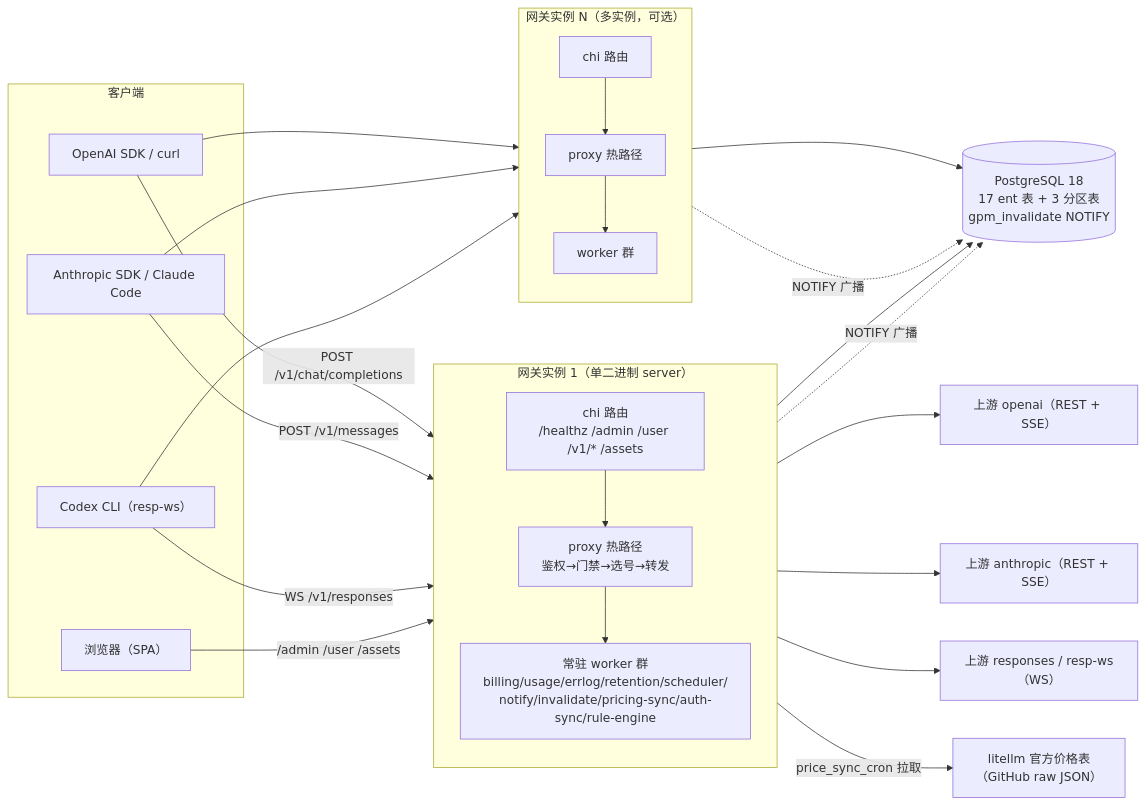
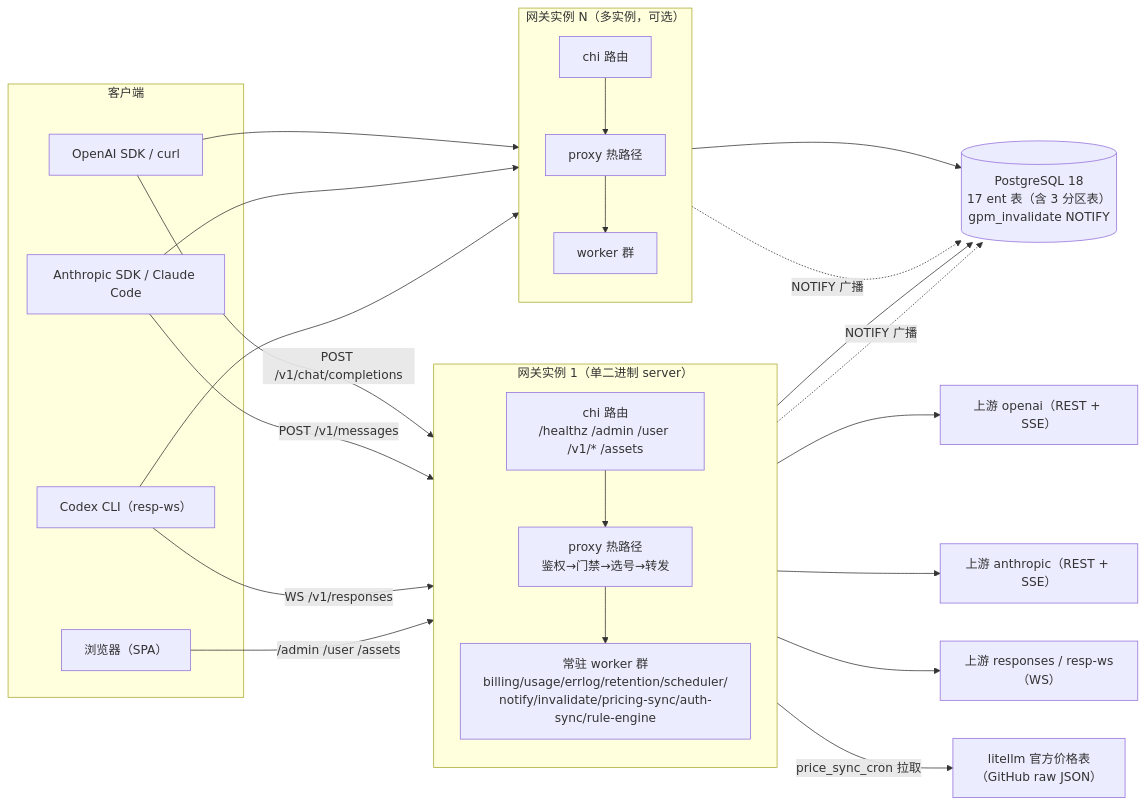
One commit to baimao5299-ship-it/c4 changed the first of 3 diagrams in docs/architecture-topology.md. Above: the diagram before and after it, drawn with Mermaid. The commit also changed other lines of this file, not shown here.

````diff
--- a/docs/architecture-topology.md
+++ b/docs/architecture-topology.md
@@ -10,47 +10,47 @@
 ```mermaid
 flowchart LR
     subgraph Client["客户端"]
         C1["OpenAI SDK / curl"]
         C2["Anthropic SDK / Claude Code"]
         C3["Codex CLI（resp-ws）"]
         W1["浏览器（SPA）"]
     end
 
     subgraph G1["网关实例 1（单二进制 server）"]
         direction TB
         S["chi 路由<br/>/healthz /admin /user /v1/* /assets"]
         PX["proxy 热路径<br/>鉴权→门禁→选号→转发"]
         WH["常驻 worker 群<br/>billing/usage/errlog/retention/scheduler/<br/>notify/invalidate/pricing-sync/auth-sync/rule-engine"]
     end
 
     subgraph G2["网关实例 N（多实例，可选）"]
         direction TB
         S2["chi 路由"]
         PX2["proxy 热路径"]
         WH2["worker 群"]
     end
 
-    PG[("PostgreSQL 18<br/>17 ent 表 + 3 分区表<br/>gpm_invalidate NOTIFY")]
+    PG[("PostgreSQL 18<br/>17 ent 表（含 3 分区表）<br/>gpm_invalidate NOTIFY")]
     UP1["上游 openai（REST + SSE）"]
     UP2["上游 anthropic（REST + SSE）"]
     UP3["上游 responses / resp-ws（WS）"]
     LLM["litellm 官方价格表<br/>（GitHub raw JSON）"]
 
     C1 -->|"POST /v1/chat/completions"| S
     C2 -->|"POST /v1/messages"| S
     C3 -->|"WS /v1/responses"| S
     W1 -->|"/admin /user /assets"| S
     C1 --> S2
     C2 --> S2
     C3 --> S2
     S --> PX
     S2 --> PX2
     PX --> UP1 & UP2 & UP3
     PX --> WH
     PX2 --> WH2
     WH --> PG
     WH2 --> PG
     G1 -.NOTIFY 广播.-> PG
     G2 -.NOTIFY 广播.-> PG
     WH -->|"price_sync_cron 拉取"| LLM
 ```
````
